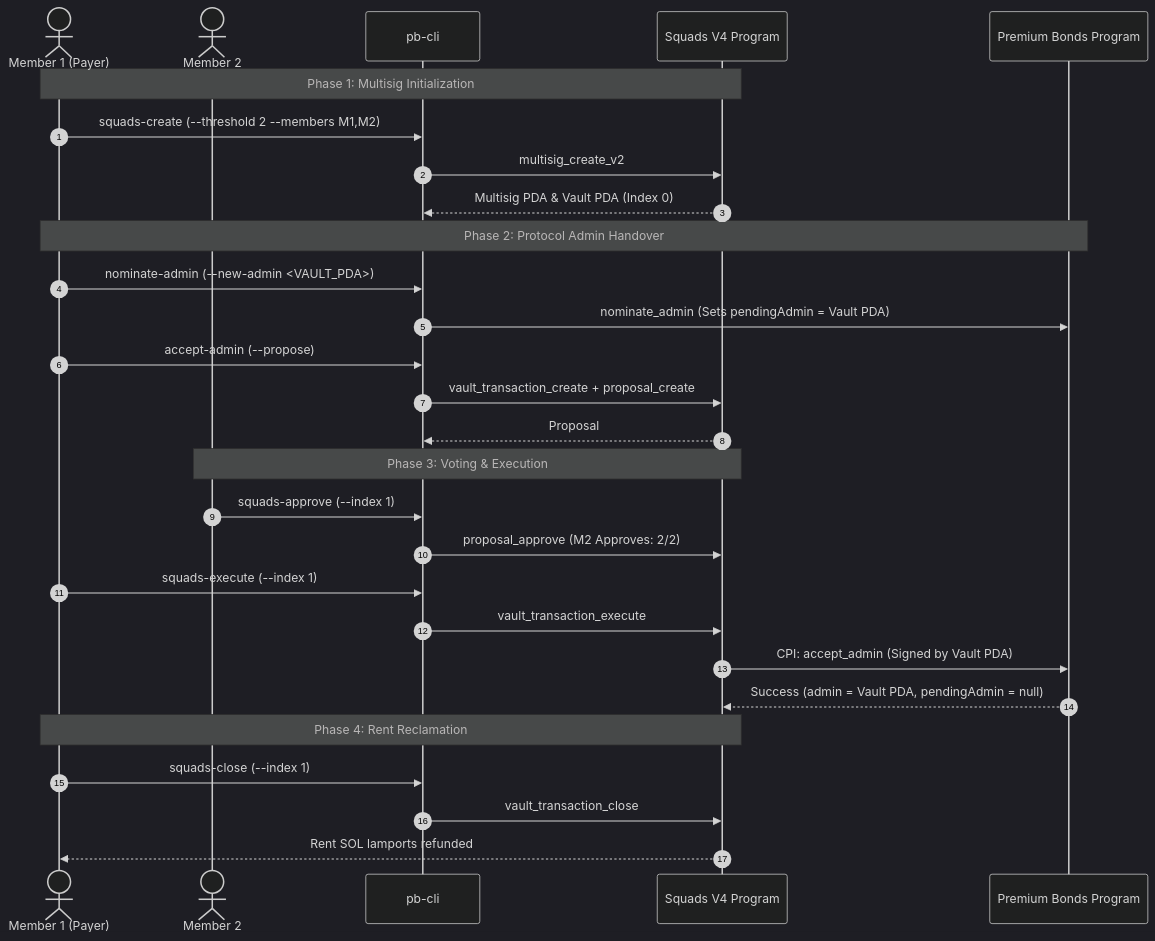
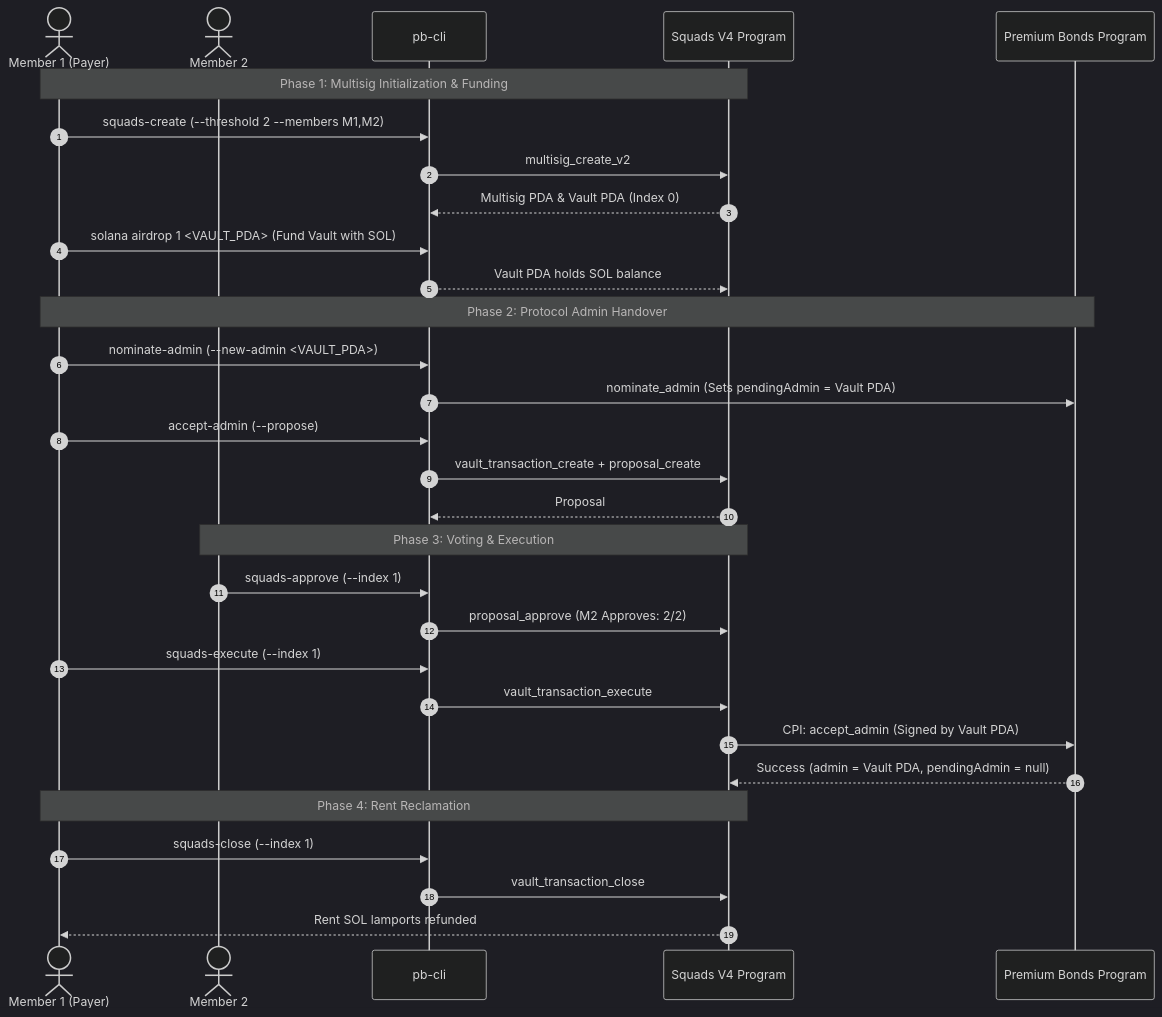
Before and after one commit to sebastianmontero/premium-bonds: the diagram in SQUADS_DEVNET_RUNBOOK.md, drawn with Mermaid (dark theme). The commit also changed other lines of this file, not shown here.

````diff
--- a/SQUADS_DEVNET_RUNBOOK.md
+++ b/SQUADS_DEVNET_RUNBOOK.md
@@ -55,36 +57,38 @@
 ```mermaid
 sequenceDiagram
     autonumber
     actor M1 as Member 1 (Payer)
     actor M2 as Member 2
     participant CLI as pb-cli
     participant SQDS as Squads V4 Program
     participant PB as Premium Bonds Program
 
-    Note over M1,SQDS: Phase 1: Multisig Initialization
+    Note over M1,SQDS: Phase 1: Multisig Initialization & Funding
     M1->>CLI: squads-create (--threshold 2 --members M1,M2)
     CLI->>SQDS: multisig_create_v2
     SQDS-->>CLI: Multisig PDA & Vault PDA (Index 0)
+    M1->>CLI: solana airdrop 1 <VAULT_PDA> (Fund Vault with SOL)
+    CLI-->>SQDS: Vault PDA holds SOL balance
 
     Note over M1,PB: Phase 2: Protocol Admin Handover
     M1->>CLI: nominate-admin (--new-admin <VAULT_PDA>)
     CLI->>PB: nominate_admin (Sets pendingAdmin = Vault PDA)
 
     M1->>CLI: accept-admin (--propose)
     CLI->>SQDS: vault_transaction_create + proposal_create
     SQDS-->>CLI: Proposal #1 Created (Auto-Approved by M1: 1/2)
 
     Note over M2,SQDS: Phase 3: Voting & Execution
     M2->>CLI: squads-approve (--index 1)
     CLI->>SQDS: proposal_approve (M2 Approves: 2/2)
 
     M1->>CLI: squads-execute (--index 1)
     CLI->>SQDS: vault_transaction_execute
     SQDS->>PB: CPI: accept_admin (Signed by Vault PDA)
     PB-->>SQDS: Success (admin = Vault PDA, pendingAdmin = null)
 
     Note over M1,SQDS: Phase 4: Rent Reclamation
     M1->>CLI: squads-close (--index 1)
     CLI->>SQDS: vault_transaction_close
     SQDS-->>M1: Rent SOL lamports refunded
 ```
````
